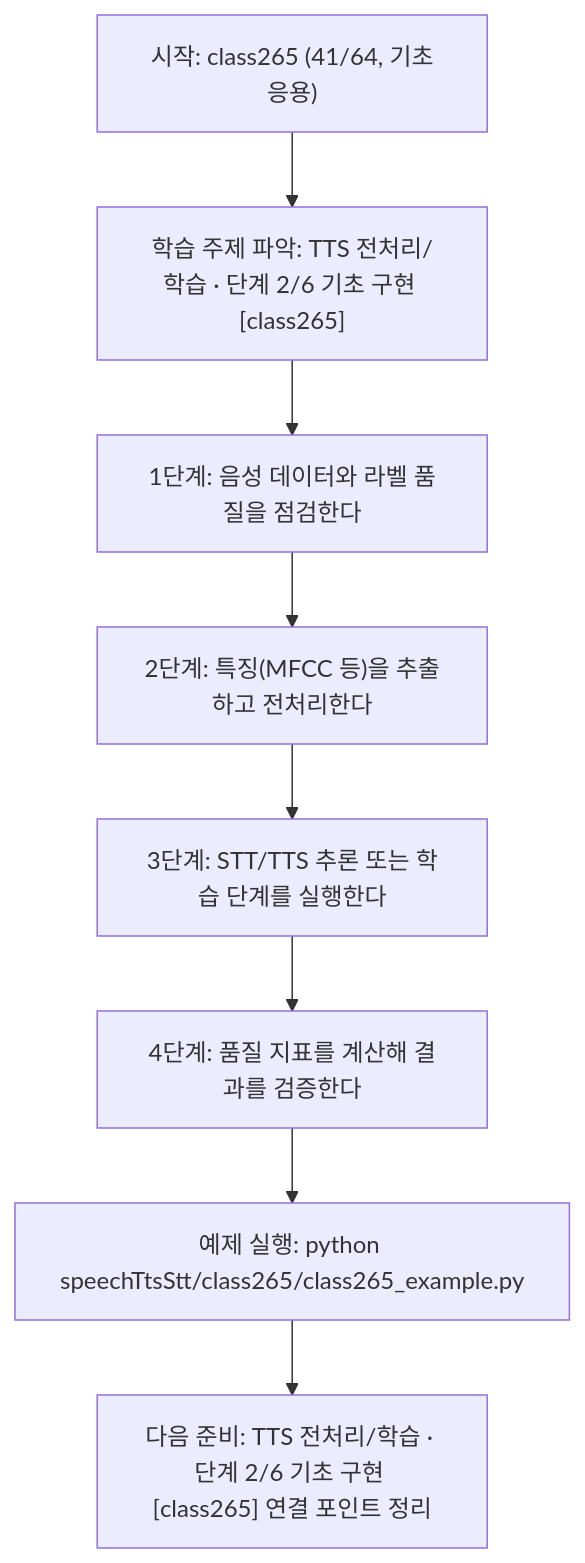
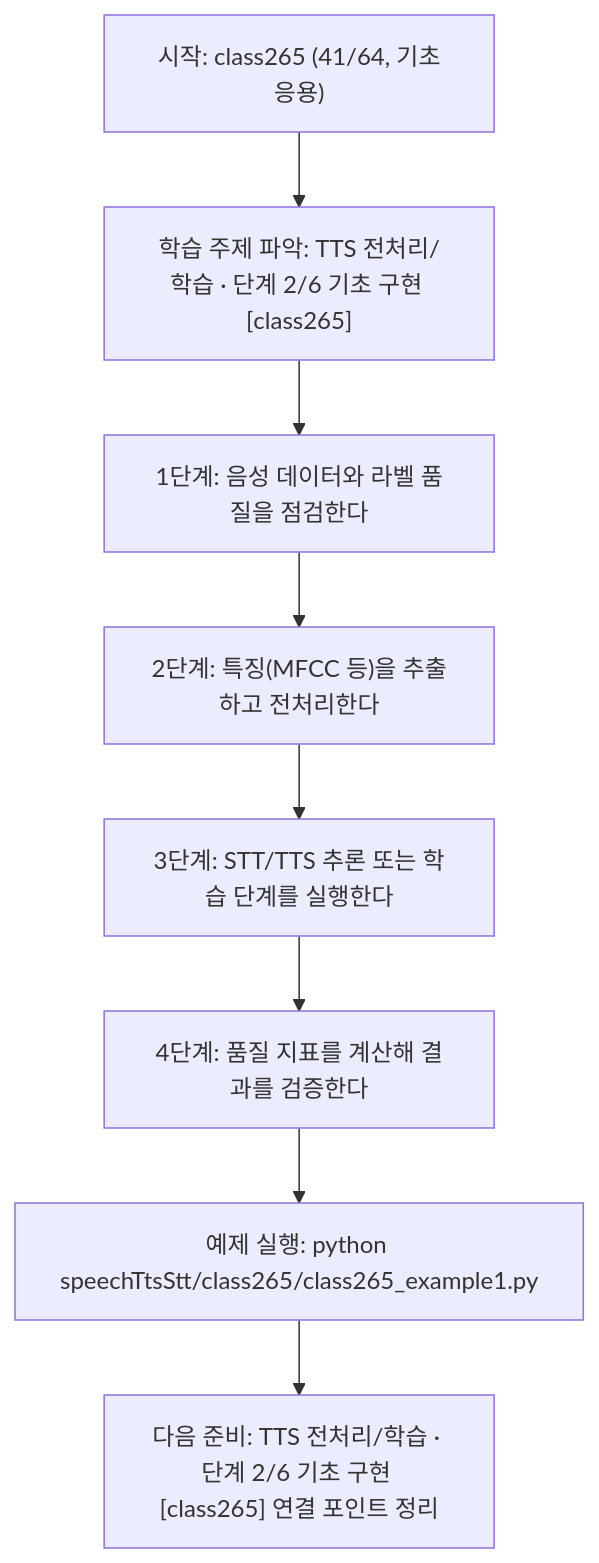
The diagram in speechTtsStt/class265/class265.md (edumgt/Python-AI_Agent-Class), drawn with Mermaid before and after one commit. The commit also changed other lines of this file and 2959 other files, not shown here.

````diff
--- a/speechTtsStt/class265/class265.md
+++ b/speechTtsStt/class265/class265.md
@@ -114,18 +114,18 @@
 ```mermaid
 flowchart TD
 N1["시작: class265 (41/64, 기초응용)"]
 N2["학습 주제 파악: TTS 전처리/학습 · 단계 2/6 기초 구현 [class265]"]
 N3["1단계: 음성 데이터와 라벨 품질을 점검한다"]
 N4["2단계: 특징(MFCC 등)을 추출하고 전처리한다"]
 N5["3단계: STT/TTS 추론 또는 학습 단계를 실행한다"]
 N6["4단계: 품질 지표를 계산해 결과를 검증한다"]
-N7["예제 실행: python speechTtsStt/class265/class265_example.py"]
+N7["예제 실행: python speechTtsStt/class265/class265_example1.py"]
 N8["다음 준비: TTS 전처리/학습 · 단계 2/6 기초 구현 [class265] 연결 포인트 정리"]
 N1 --> N2
 N2 --> N3
 N3 --> N4
 N4 --> N5
 N5 --> N6
 N6 --> N7
 N7 --> N8
 ```
````
